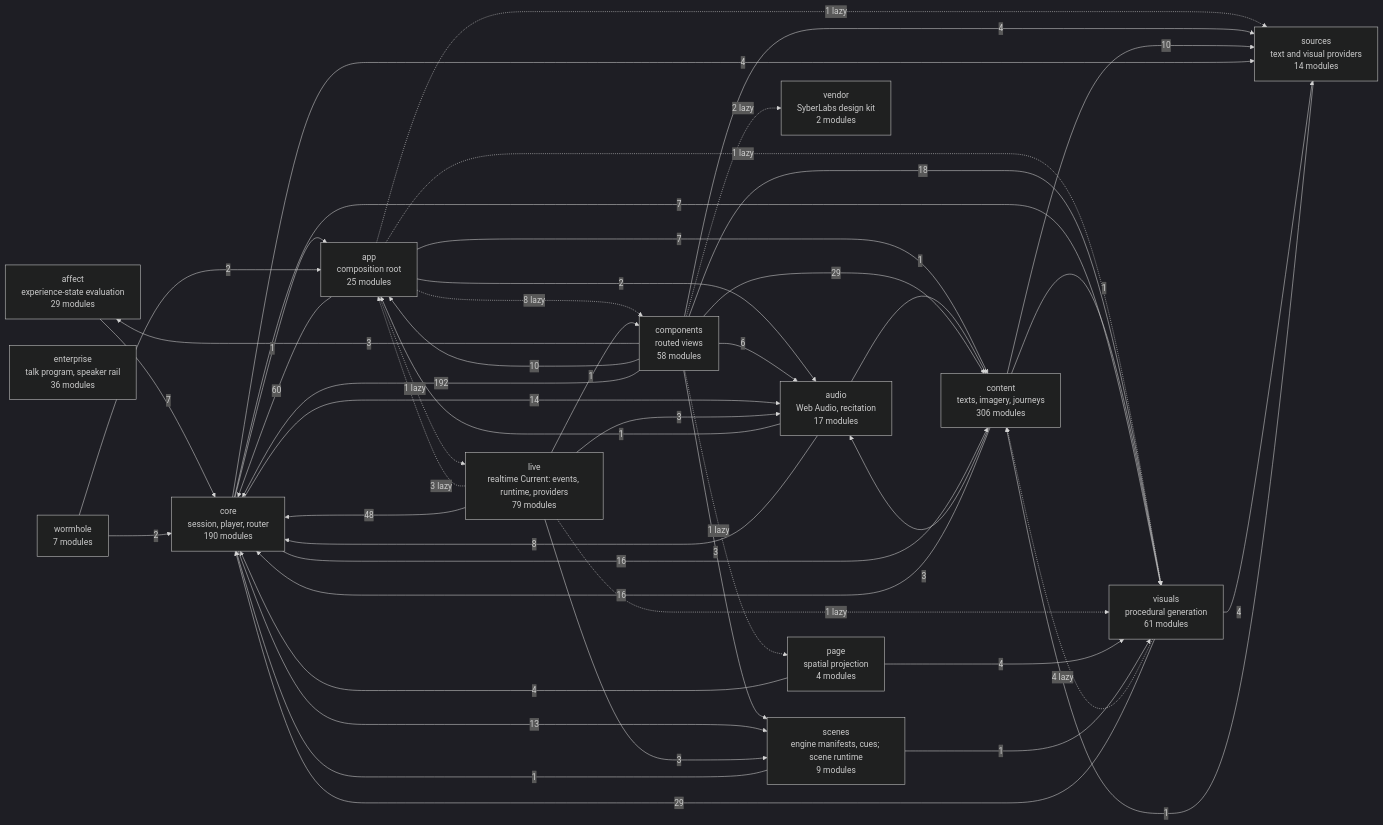
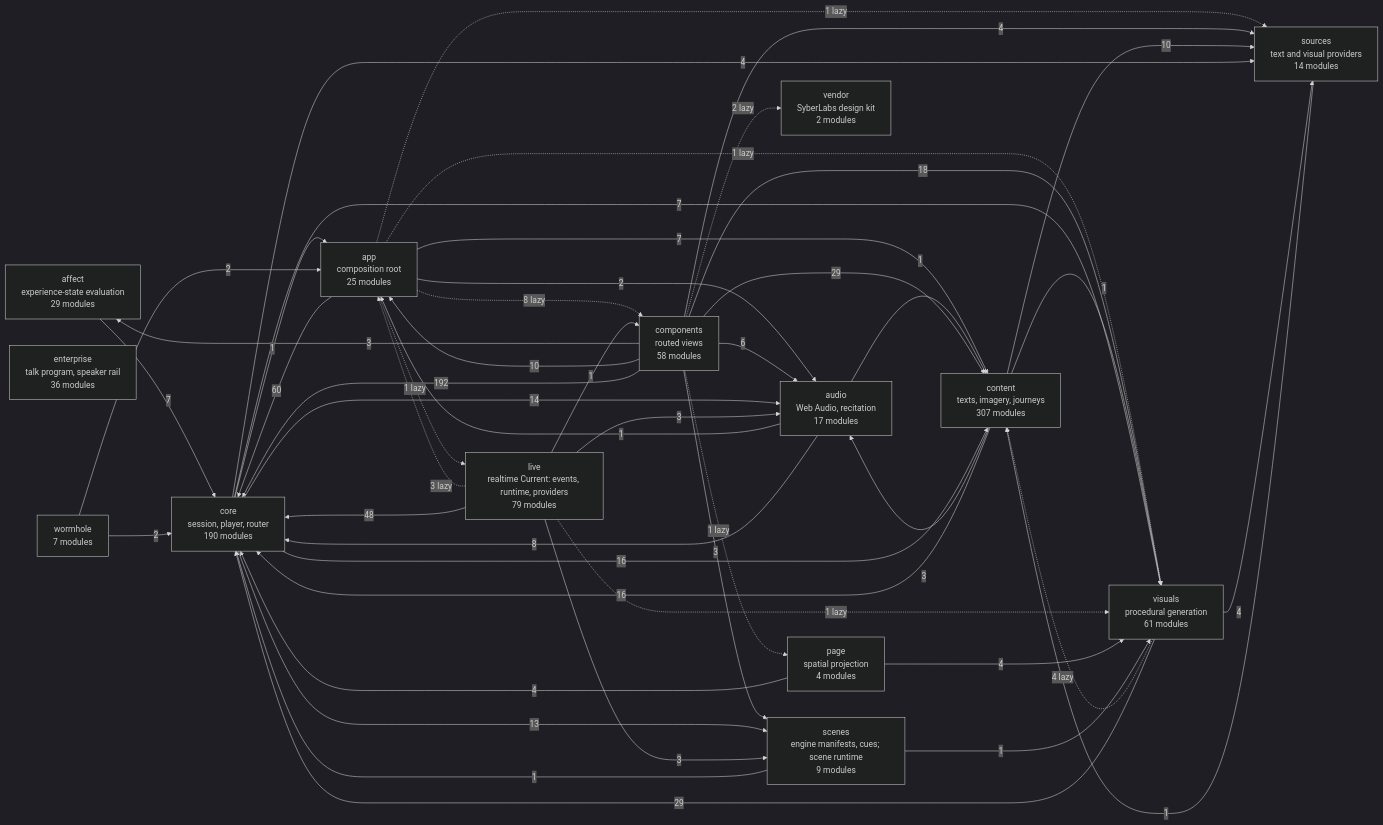
The diagram in docs/specs/ARCHITECTURE.md (SyberLabs/RISE), drawn with Mermaid (dark theme) before and after one commit. The commit also changed 30 other files, not shown here.

````diff
--- a/docs/specs/ARCHITECTURE.md
+++ b/docs/specs/ARCHITECTURE.md
@@ -161,65 +161,65 @@
 ```mermaid
 flowchart LR
     affect["affect<br/>experience-state evaluation<br/>29 modules"]
     app["app<br/>composition root<br/>25 modules"]
     audio["audio<br/>Web Audio, recitation<br/>17 modules"]
     components["components<br/>routed views<br/>58 modules"]
-    content["content<br/>texts, imagery, journeys<br/>306 modules"]
+    content["content<br/>texts, imagery, journeys<br/>307 modules"]
     core["core<br/>session, player, router<br/>190 modules"]
     enterprise["enterprise<br/>talk program, speaker rail<br/>36 modules"]
     live["live<br/>realtime Current: events, runtime, providers<br/>79 modules"]
     page["page<br/>spatial projection<br/>4 modules"]
     scenes["scenes<br/>engine manifests, cues; scene runtime<br/>9 modules"]
     sources["sources<br/>text and visual providers<br/>14 modules"]
     vendor["vendor<br/>SyberLabs design kit<br/>2 modules"]
     visuals["visuals<br/>procedural generation<br/>61 modules"]
     wormhole["wormhole<br/>7 modules"]
 
     affect --> |7| core
     app --> |2| audio
     app -.-> |8 lazy| components
     app --> |7| content
     app --> |60| core
     app -.-> |1 lazy| live
     app -.-> |1 lazy| sources
     app -.-> |1 lazy| visuals
     audio --> |1| app
     audio --> |1| content
     audio --> |8| core
     components --> |3| affect
     components --> |10| app
     components --> |6| audio
     components --> |29| content
     components --> |192| core
     components -.-> |1 lazy| page
     components --> |3| scenes
     components --> |4| sources
     components -.-> |2 lazy| vendor
     components --> |18| visuals
     content --> |3| audio
     content --> |16| core
     content --> |10| sources
     content --> |1| visuals
     core --> |1| app
     core --> |14| audio
     core --> |16| content
     core --> |13| scenes
     core --> |4| sources
     core --> |7| visuals
     live -.-> |3 lazy| app
     live --> |3| audio
     live --> |1| components
     live --> |48| core
     live --> |3| scenes
     live -.-> |1 lazy| visuals
     page --> |4| core
     page --> |4| visuals
     scenes --> |1| core
     scenes --> |1| visuals
     sources --> |1| content
     visuals -.-> |4 lazy| content
     visuals --> |29| core
     visuals --> |4| sources
     wormhole --> |2| app
     wormhole --> |2| core
 ```
````
